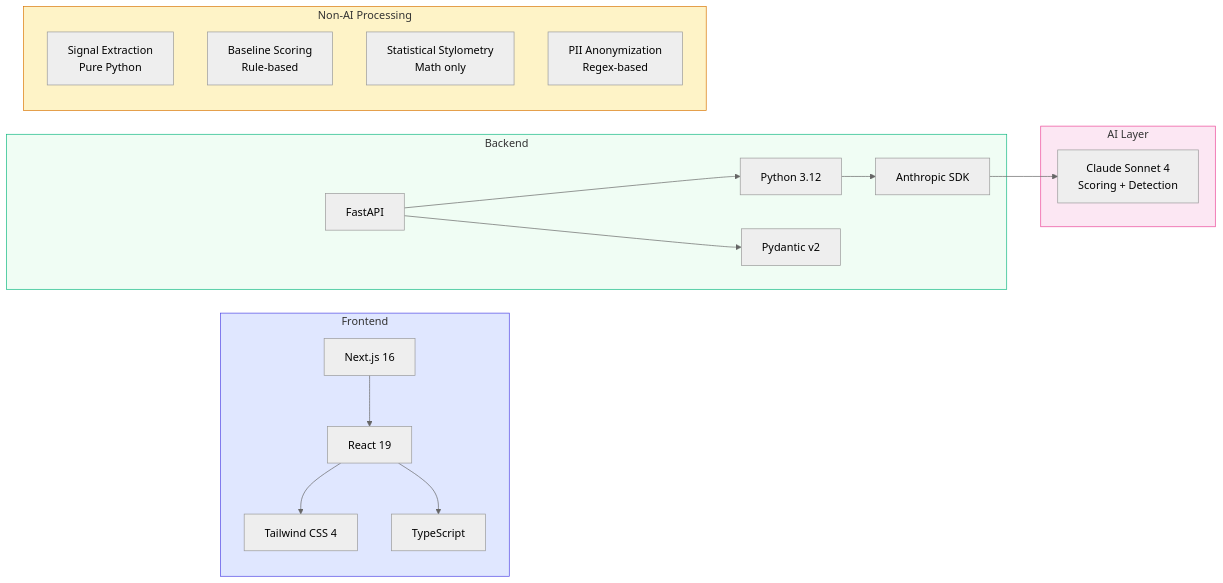
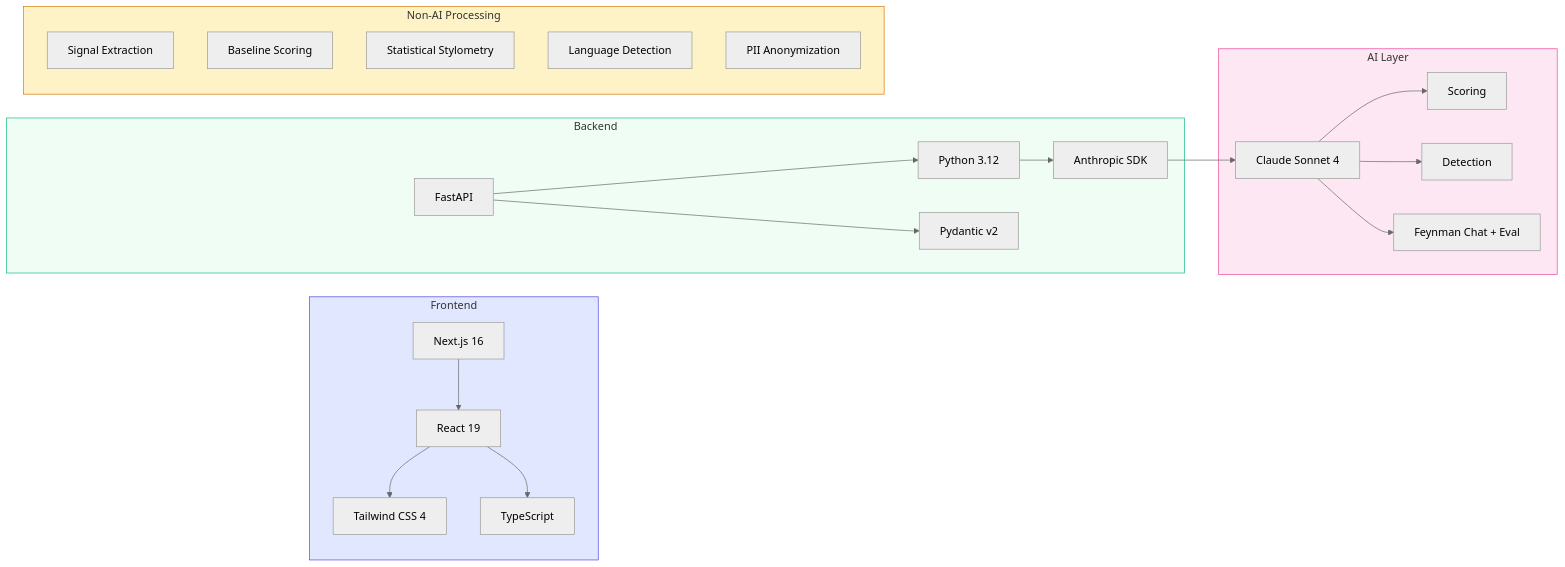
The seventh of 7 diagrams in docs/architecture.md (BAITC-Hacks/hack-22e92cd7-winchesters), drawn with Mermaid (neutral theme) before and after one commit. The commit also changed other lines of this file and 2 other files, not shown here.

Commit message:
rewrite README and update architecture diagram

````diff
--- a/docs/architecture.md
+++ b/docs/architecture.md
@@ -222,30 +215,34 @@
 ```mermaid
 graph LR
     subgraph FE["Frontend"]
         NX[Next.js 16] --> RC[React 19]
         RC --> TW[Tailwind CSS 4]
         RC --> TS[TypeScript]
     end
 
     subgraph BE["Backend"]
         FA[FastAPI] --> PY[Python 3.12]
         FA --> PD[Pydantic v2]
         PY --> AN[Anthropic SDK]
     end
 
     subgraph AI["AI Layer"]
-        AN --> CS[Claude Sonnet 4<br/>Scoring + Detection]
+        AN --> CS[Claude Sonnet 4]
+        CS --> SC[Scoring]
+        CS --> DT[Detection]
+        CS --> FM[Feynman Chat + Eval]
     end
 
     subgraph NON["Non-AI Processing"]
-        PSE[Signal Extraction<br/>Pure Python]
-        PBS[Baseline Scoring<br/>Rule-based]
-        PST[Statistical Stylometry<br/>Math only]
-        PPI[PII Anonymization<br/>Regex-based]
+        PSE[Signal Extraction]
+        PBS[Baseline Scoring]
+        PST[Statistical Stylometry]
+        PLD[Language Detection]
+        PPI[PII Anonymization]
     end
 
     style FE fill:#e0e7ff,stroke:#4f46e5
     style BE fill:#f0fdf4,stroke:#10b981
     style AI fill:#fce7f3,stroke:#ec4899
     style NON fill:#fef3c7,stroke:#d97706
 ```
````
